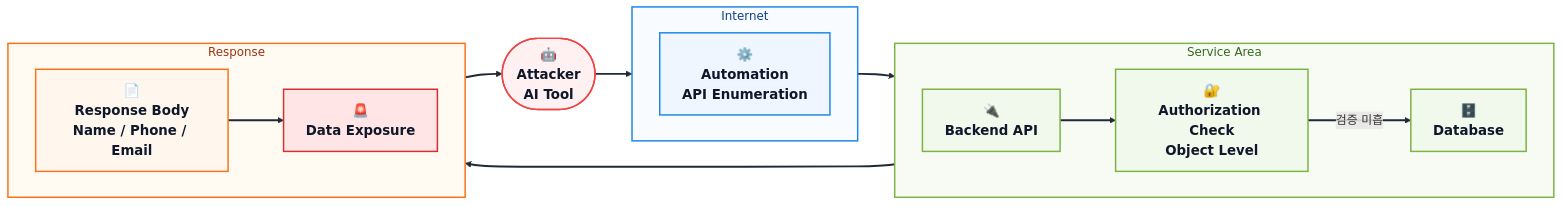
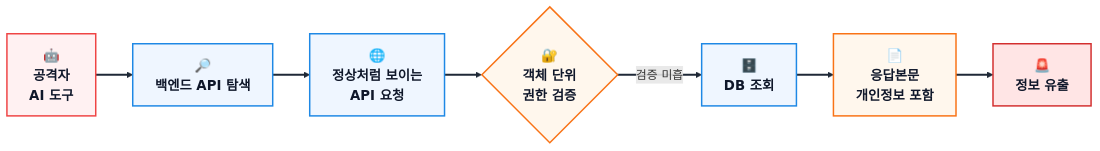
Before and after one commit to qubitsec/blog: the first of 4 diagrams in content/ko/respond/modoo-startup-api-response-leak.md, drawn with Mermaid. The commit also changed other lines of this file, not shown here.

````diff
--- a/content/ko/respond/modoo-startup-api-response-leak.md
+++ b/content/ko/respond/modoo-startup-api-response-leak.md
@@ -106,81 +128,45 @@
 ```mermaid
 %%{init: {
   "theme": "base",
   "themeVariables": {
     "fontFamily": "Pretendard, Noto Sans KR, Arial",
     "background": "#ffffff",
     "primaryTextColor": "#0f172a",
     "lineColor": "#1f2937"
   },
   "themeCSS": "
     .node rect, .node circle, .node ellipse, .node polygon {
       filter: drop-shadow(0px 4px 8px rgba(15, 23, 42, 0.16));
     }
     .edgePath path {
       stroke-width: 2.6px;
     }
     .edgeLabel {
       background-color: #ffffff;
       color: #0f172a;
       font-weight: 700;
     }
-    .cluster rect {
-      rx: 18px;
-      ry: 18px;
-      filter: drop-shadow(0px 6px 12px rgba(15, 23, 42, 0.14));
-    }
-    .cluster-label {
-      font-size: 21px;
-      font-weight: 800;
-    }
   "
 }}%%
 
 flowchart LR
 
-    ATTACKER(["🤖<br/><b>Attacker</b><br/>AI Tool"])
-    
-    subgraph INTERNET["Internet"]
-        direction LR
-        AUTO["⚙️<br/><b>Automation</b><br/>API Enumeration"]
-    end
-
-    subgraph SERVICE["Service Area"]
-        direction LR
-        API["🔌<br/><b>Backend API</b>"]
-        AUTH["🔐<br/><b>Authorization Check</b><br/>Object Level"]
-        DB["🗄️<br/><b>Database</b>"]
-    end
-
-    subgraph RESPONSE["Response"]
-        direction LR
-        DATA["📄<br/><b>Response Body</b><br/>Name / Phone / Email"]
-        LEAK["🚨<br/><b>Data Exposure</b>"]
-    end
-
-    ATTACKER --> AUTO
-    AUTO --> API
-    API --> AUTH
-    AUTH -- "검증 미흡" --> DB
-    DB --> DATA
-    DATA --> LEAK
-    LEAK --> ATTACKER
+    A["🤖<br/><b>공격자</b><br/>AI 도구"] --> B["🔎<br/><b>백엔드 API 탐색</b>"]
+    B --> C["🌐<br/><b>정상처럼 보이는<br/>API 요청</b>"]
+    C --> D{"🔐<br/><b>객체 단위<br/>권한 검증</b>"}
+    D -- "검증 미흡" --> E["🗄️<br/><b>DB 조회</b>"]
+    E --> F["📄<br/><b>응답본문</b><br/>개인정보 포함"]
+    F --> G["🚨<br/><b>정보 유출</b>"]
 
     classDef attacker fill:#fff1f2,stroke:#ef4444,stroke-width:2px,color:#0f172a,font-size:18px,font-weight:bold;
-    classDef internet fill:#eff6ff,stroke:#1e88e5,stroke-width:2px,color:#0f172a,font-size:18px,font-weight:bold;
-    classDef service fill:#f0f9eb,stroke:#7cb342,stroke-width:2px,color:#0f172a,font-size:18px,font-weight:bold;
-    classDef response fill:#fff7ed,stroke:#f97316,stroke-width:2px,color:#0f172a,font-size:18px,font-weight:bold;
+    classDef normal fill:#eff6ff,stroke:#1e88e5,stroke-width:2px,color:#0f172a,font-size:18px,font-weight:bold;
+    classDef warn fill:#fff7ed,stroke:#f97316,stroke-width:2px,color:#0f172a,font-size:18px,font-weight:bold;
     classDef danger fill:#ffe5e5,stroke:#d32f2f,stroke-width:2px,color:#0f172a,font-size:18px,font-weight:bold;
 
-    class ATTACKER attacker;
-    class AUTO internet;
-    class API,AUTH,DB service;
-    class DATA response;
-    class LEAK danger;
+    class A attacker;
+    class B,C,E normal;
+    class D,F warn;
+    class G danger;
 
-    style INTERNET fill:#f8fbff,stroke:#1e88e5,stroke-width:2px,color:#0f3f8c;
-    style SERVICE fill:#f7fbf3,stroke:#7cb342,stroke-width:2px,color:#33691e;
-    style RESPONSE fill:#fffaf2,stroke:#f97316,stroke-width:2px,color:#9a3412;
-
-    linkStyle 0,1,2,3,4,5,6 stroke:#1f2937,stroke-width:2.6px;
+    linkStyle 0,1,2,3,4,5 stroke:#1f2937,stroke-width:2.6px;
 ```
````
